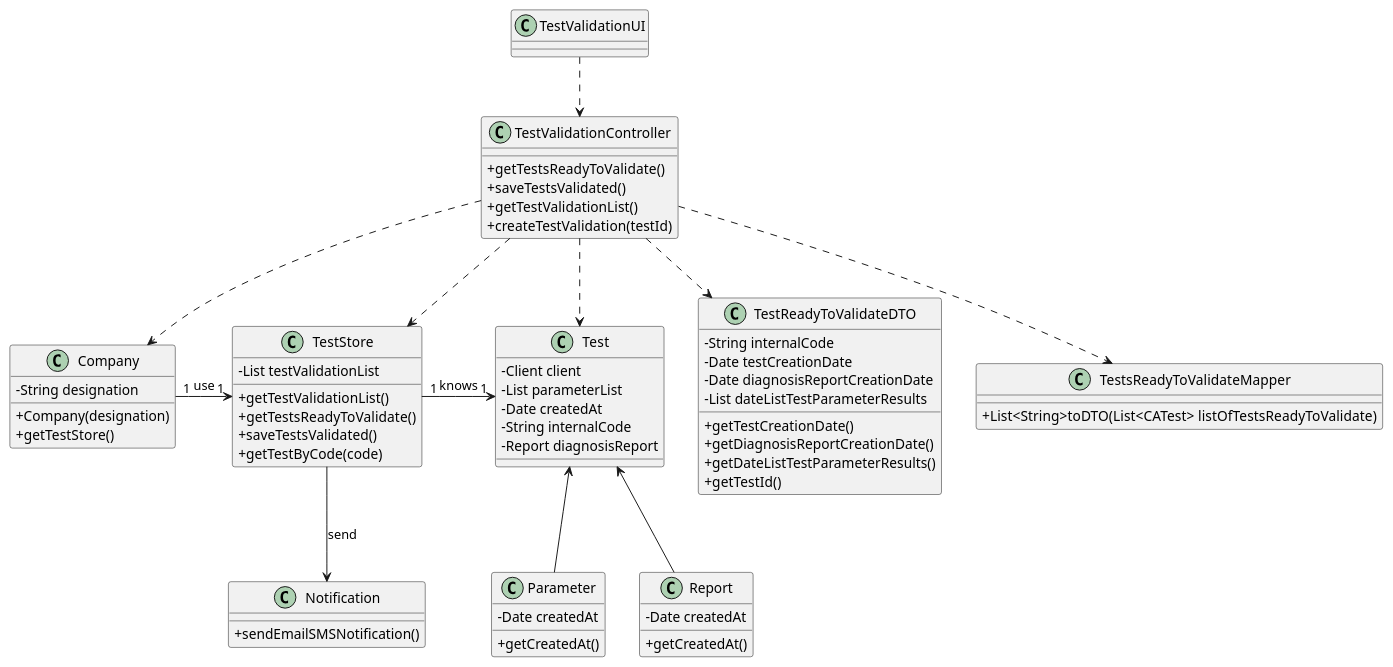
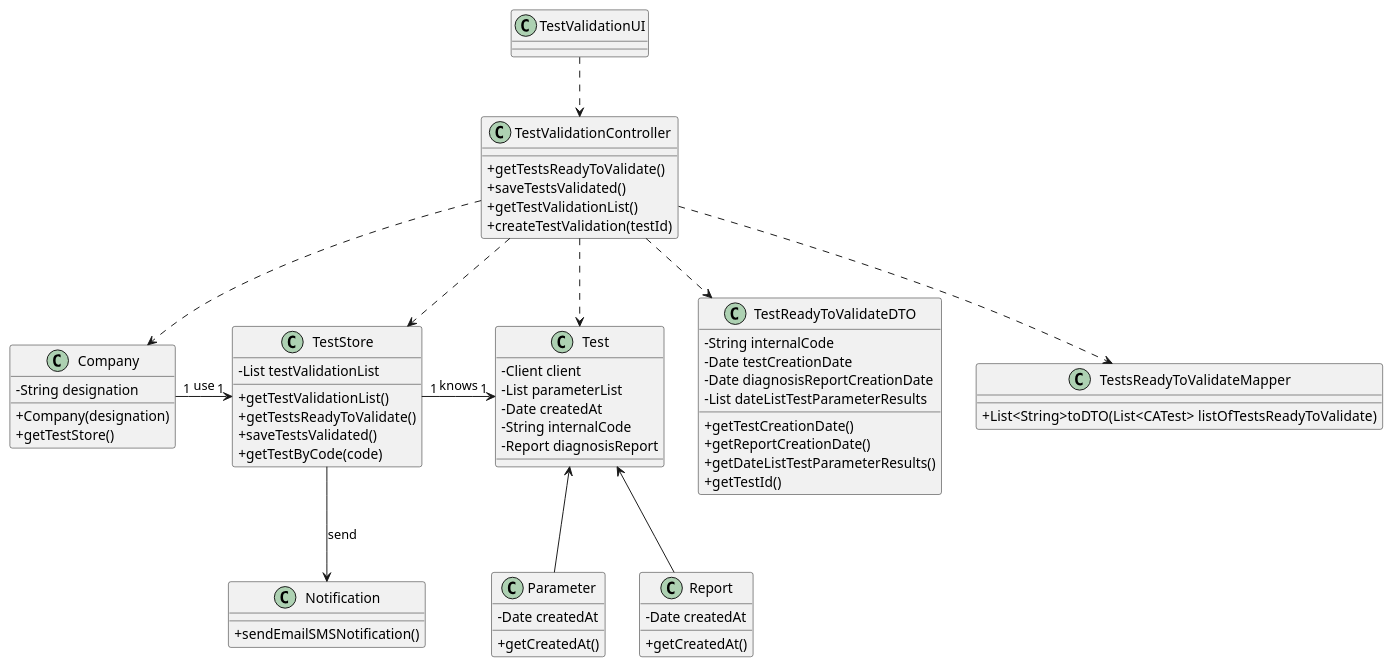
The diagram in docs/SprintC/US15/UC15_CD.puml (GuilhermeCunha79/lapr2), drawn with PlantUML before and after one commit.

Commit message:
Finalization US15 [US-15] [Testing]

```diff
--- a/docs/SprintC/US15/UC15_CD.puml
+++ b/docs/SprintC/US15/UC15_CD.puml
@@ -1,82 +1,82 @@
 @startuml
 skinparam classAttributeIconSize 0
 
 class Test {
   - Client client
   - List parameterList
   - Date createdAt
   - String internalCode
   - Report diagnosisReport
 }
 
 class Company {
   - String designation
   + Company(designation)
   + getTestStore()
 }
 
 
 class TestStore {
     - List testValidationList
     + getTestValidationList()
     + getTestsReadyToValidate()
     + saveTestsValidated()
     + getTestByCode(code)
 }
 
 class Parameter{
 - Date createdAt
   + getCreatedAt()
 }
 
 class TestValidationController {
   + getTestsReadyToValidate()
   + saveTestsValidated()
   + getTestValidationList()
   + createTestValidation(testId)
 }
 
 
 class Report {
   - Date createdAt
   + getCreatedAt()
 }
 
 
 class Notification {
   + sendEmailSMSNotification()
 }
 
 class TestReadyToValidateDTO {
   -  String internalCode
   - Date testCreationDate
   - Date diagnosisReportCreationDate
   - List dateListTestParameterResults
   + getTestCreationDate()
-  + getDiagnosisReportCreationDate()
+  + getReportCreationDate()
   + getDateListTestParameterResults()
   + getTestId()
 }
 
 class TestsReadyToValidateMapper {
   + List<String>toDTO(List<CATest> listOfTestsReadyToValidate)
 }
 
 TestValidationUI ..> TestValidationController
 
 TestValidationController ..> TestStore
 TestValidationController ..> Company
 TestValidationController ..> TestReadyToValidateDTO
 TestValidationController ..> TestsReadyToValidateMapper
 TestValidationController ..> Test
 
 Company "1" -> "1" TestStore : use
 
 TestStore "1" -> "1" Test : knows
 
 Test <-- Report
 Test <-- Parameter
 
 TestStore --> Notification : send
 
 @enduml
```
